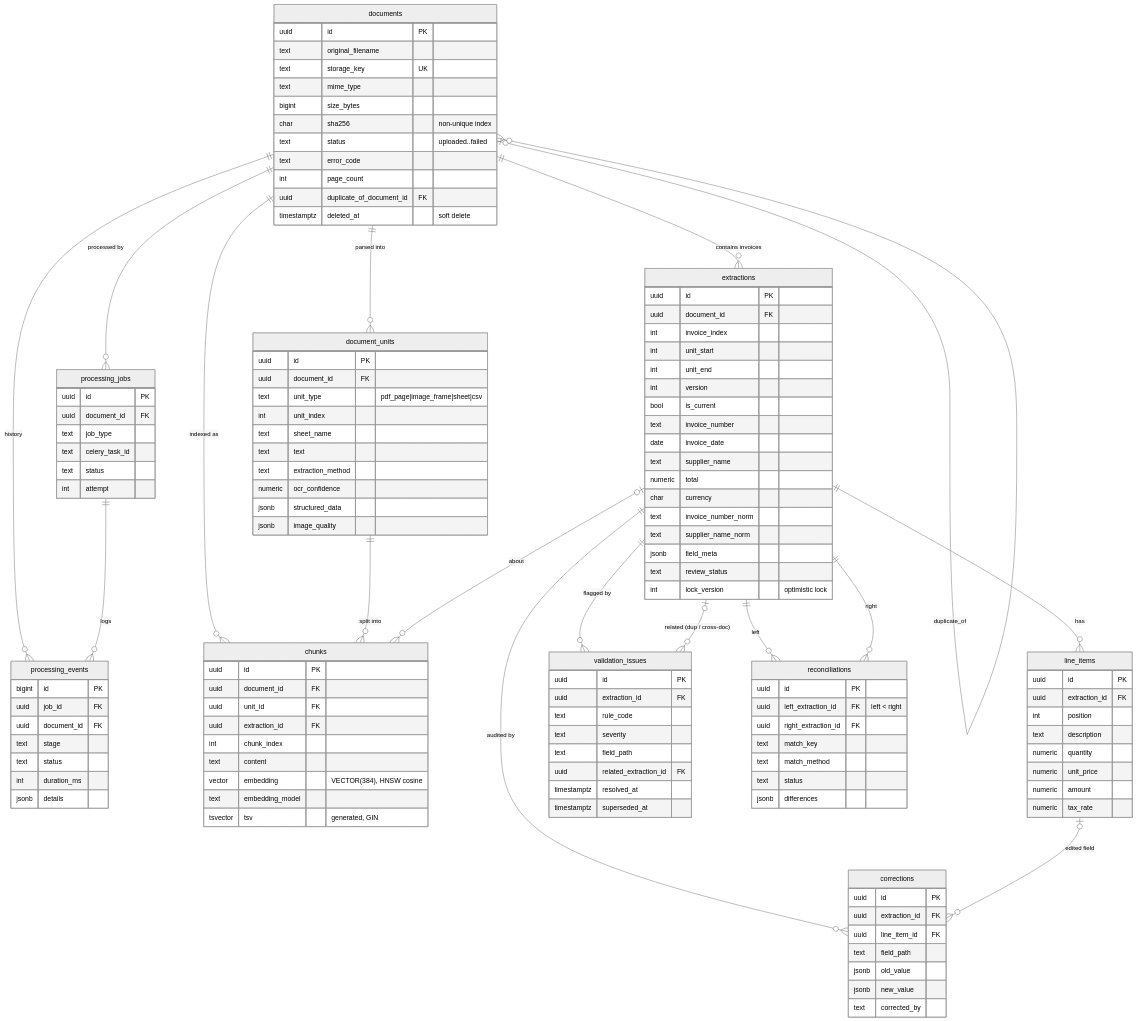
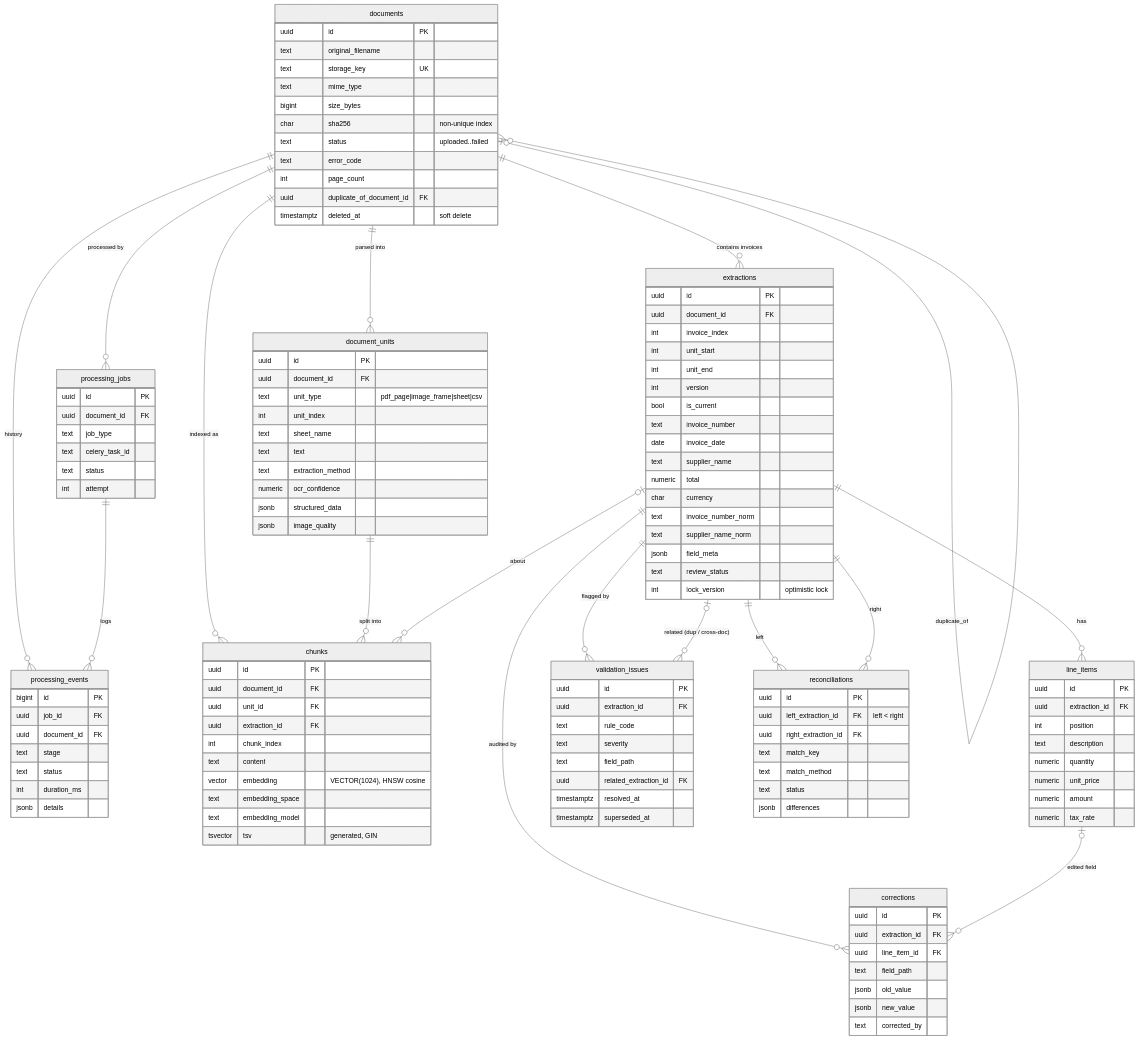
The diagram in docs/database.md (SharifNirjon/careguidetask), drawn with Mermaid (neutral theme) before and after one commit. The commit also changed other lines of this file and 117 other files, not shown here.

```diff
--- a/docs/database.md
+++ b/docs/database.md
@@ -151,7 +151,8 @@
         uuid extraction_id FK
         int chunk_index
         text content
-        vector embedding "VECTOR(384), HNSW cosine"
+        vector embedding "VECTOR(1024), HNSW cosine"
+        text embedding_space
         text embedding_model
         tsvector tsv "generated, GIN"
     }
```
